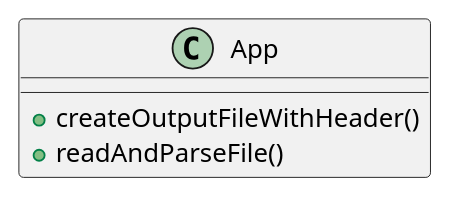
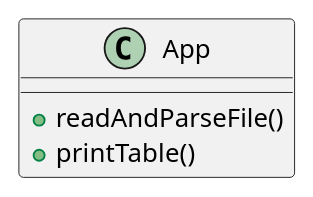
Before and after one commit to Jsnoap/snoap-cop3330-assignment3: the diagram in docs/ex42.puml, drawn with PlantUML. The commit also changed 3 other files, not shown here.

Commit message:
Fixed ex42 to print to system.in instead of adding to output file

```diff
--- a/docs/ex42.puml
+++ b/docs/ex42.puml
@@ -1,10 +1,10 @@
 @startuml
 'https://plantuml.com/class-diagram
 
 class App
 {
-+createOutputFileWithHeader()
 +readAndParseFile()
++printTable()
 }
 
 @enduml
```
